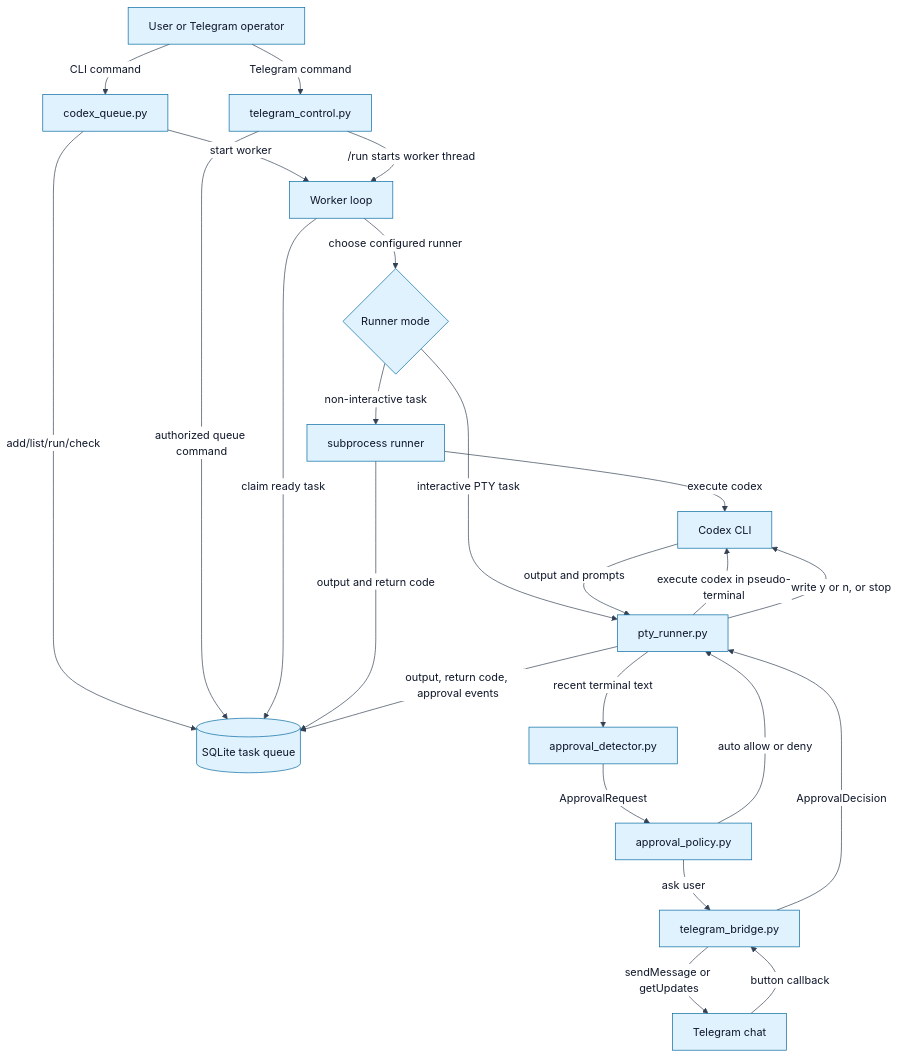
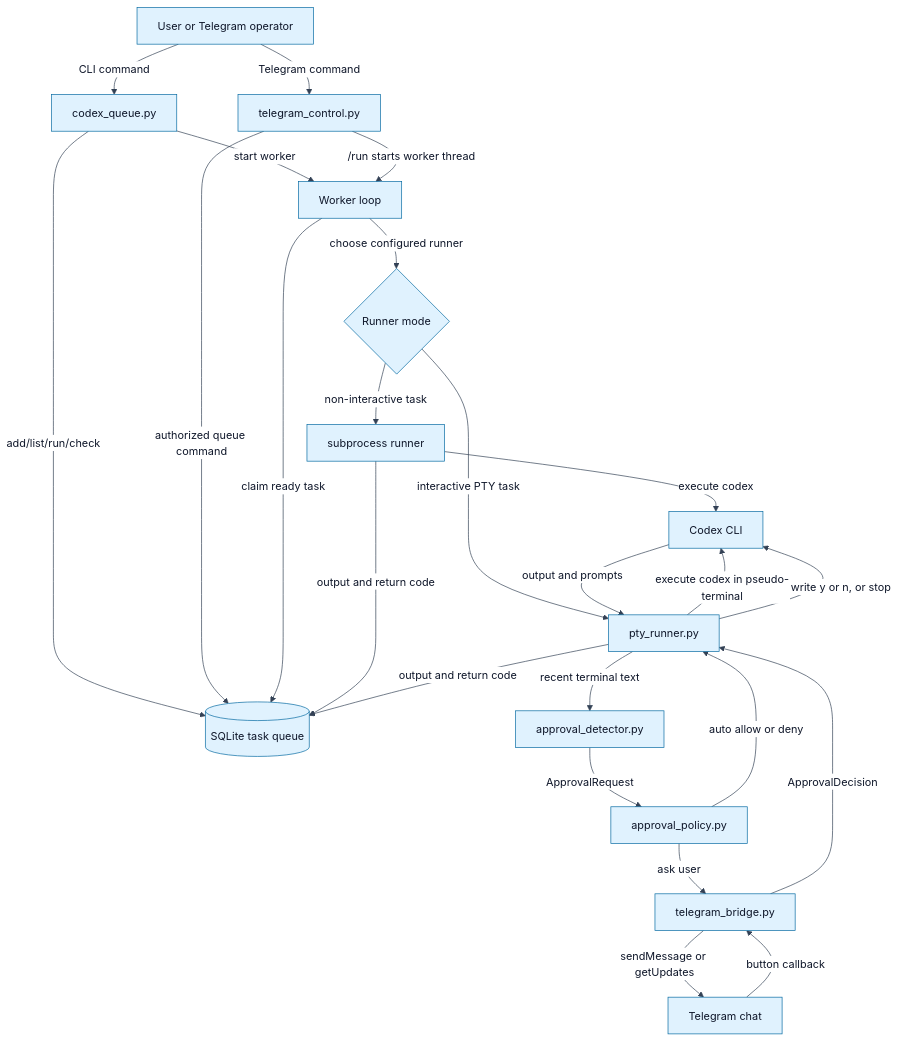
One commit to kinderp/durex changed the diagram in docs/SYSTEM_OVERVIEW.md. Above: the diagram before and after it, drawn with Mermaid. The commit also changed other lines of this file and 1 other file, not shown here.

````diff
--- a/docs/SYSTEM_OVERVIEW.md
+++ b/docs/SYSTEM_OVERVIEW.md
@@ -28,41 +28,41 @@
 ```mermaid
 %%{init: {"theme":"base","themeVariables":{"background":"#ffffff","primaryColor":"#e0f2fe","primaryTextColor":"#0f172a","primaryBorderColor":"#0369a1","lineColor":"#334155","secondaryColor":"#dcfce7","secondaryTextColor":"#0f172a","secondaryBorderColor":"#15803d","tertiaryColor":"#fef3c7","tertiaryTextColor":"#0f172a","tertiaryBorderColor":"#b45309","edgeLabelBackground":"#ffffff","clusterBkg":"#f8fafc","clusterBorder":"#cbd5e1","fontFamily":"Arial, sans-serif"}}}%%
 flowchart TD
     User[User or Telegram operator]
     CLI[codex_queue.py]
     Control[telegram_control.py]
     DB[(SQLite task queue)]
     Worker[Worker loop]
     Runner{Runner mode}
     Subprocess[subprocess runner]
     PTY[pty_runner.py]
     Codex[Codex CLI]
     Detector[approval_detector.py]
     Policy[approval_policy.py]
     Bridge[telegram_bridge.py]
     Phone[Telegram chat]
 
     User -->|CLI command| CLI
     User -->|Telegram command| Control
     CLI -->|add/list/run/check| DB
     Control -->|authorized queue command| DB
     CLI -->|start worker| Worker
     Control -->|/run starts worker thread| Worker
     Worker -->|claim ready task| DB
     Worker -->|choose configured runner| Runner
     Runner -->|non-interactive task| Subprocess
     Runner -->|interactive PTY task| PTY
     Subprocess -->|execute codex| Codex
     PTY -->|execute codex in pseudo-terminal| Codex
     Codex -->|output and prompts| PTY
     PTY -->|recent terminal text| Detector
     Detector -->|ApprovalRequest| Policy
     Policy -->|auto allow or deny| PTY
     Policy -->|ask user| Bridge
     Bridge -->|sendMessage or getUpdates| Phone
     Phone -->|button callback| Bridge
     Bridge -->|ApprovalDecision| PTY
     PTY -->|write y or n, or stop| Codex
     Subprocess -->|output and return code| DB
-    PTY -->|output, return code, approval events| DB
+    PTY -->|output and return code| DB
 ```
````
